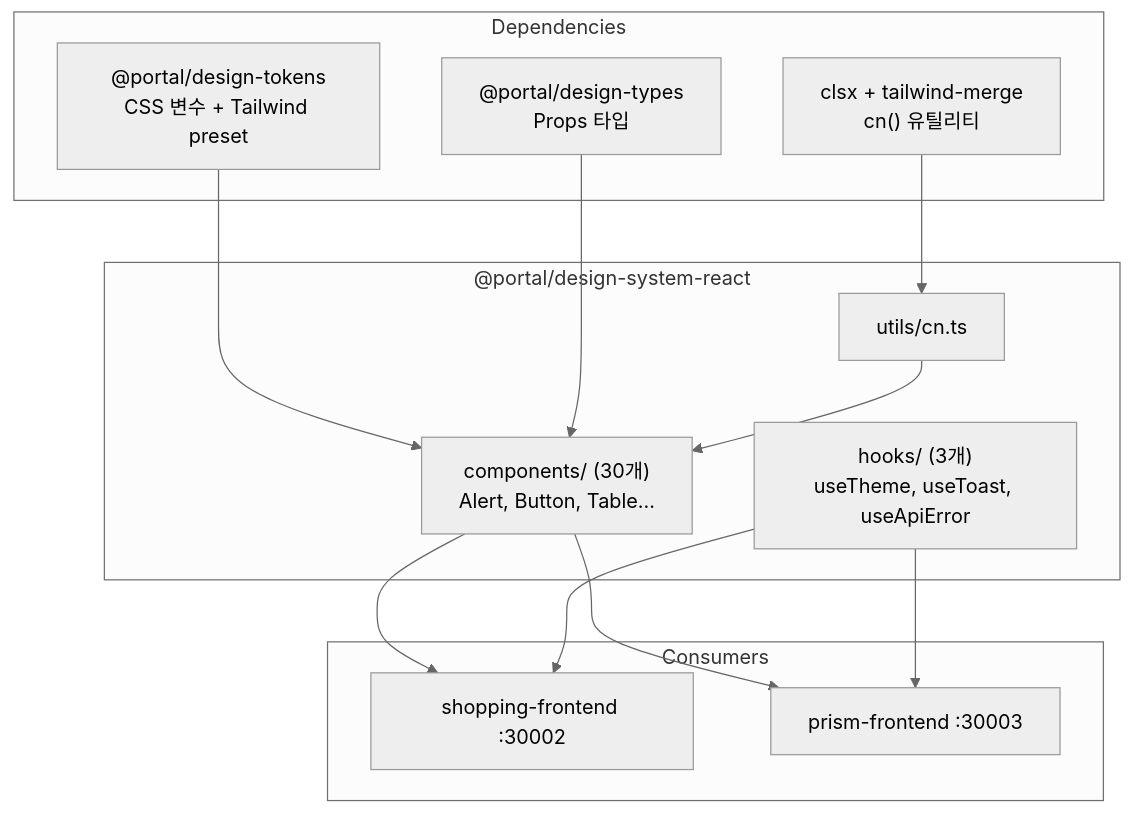
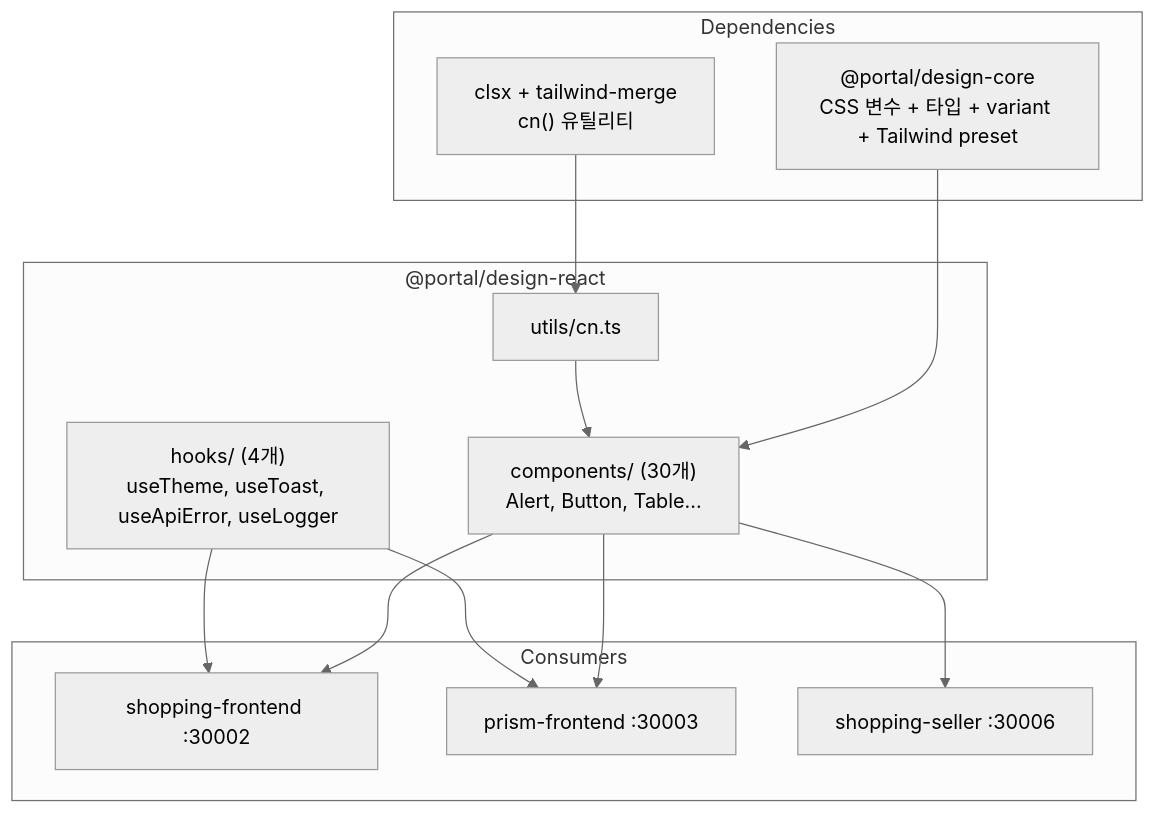
The diagram in docs/architecture/design-system/react-components.md (L-a-z-e/portal-universe), drawn with Mermaid (neutral theme) before and after one commit. The commit also changed other lines of this file and 539 other files, not shown here.

First line of the commit message:
refactor(design-system): consolidate 4 packages into 3 (ADR-043)

````diff
--- a/docs/architecture/design-system/react-components.md
+++ b/docs/architecture/design-system/react-components.md
@@ -34,28 +35,28 @@
 ```mermaid
 graph TB
     subgraph "Dependencies"
-        DT["@portal/design-tokens<br/>CSS 변수 + Tailwind preset"]
-        DY["@portal/design-types<br/>Props 타입"]
+        DC["@portal/design-core<br/>CSS 변수 + 타입 + variant + Tailwind preset"]
         CLSX["clsx + tailwind-merge<br/>cn() 유틸리티"]
     end
 
-    subgraph "@portal/design-system-react"
+    subgraph "@portal/design-react"
         COMP["components/ (30개)<br/>Alert, Button, Table..."]
-        HOOKS["hooks/ (3개)<br/>useTheme, useToast, useApiError"]
+        HOOKS["hooks/ (4개)<br/>useTheme, useToast, useApiError, useLogger"]
         UTILS["utils/cn.ts"]
     end
 
     subgraph "Consumers"
         SHOP["shopping-frontend :30002"]
         PRISM["prism-frontend :30003"]
+        SELLER["shopping-seller :30006"]
     end
 
-    DT --> COMP
-    DY --> COMP
+    DC --> COMP
     CLSX --> UTILS
     UTILS --> COMP
     COMP --> SHOP
     COMP --> PRISM
+    COMP --> SELLER
     HOOKS --> SHOP
     HOOKS --> PRISM
 ```
````
